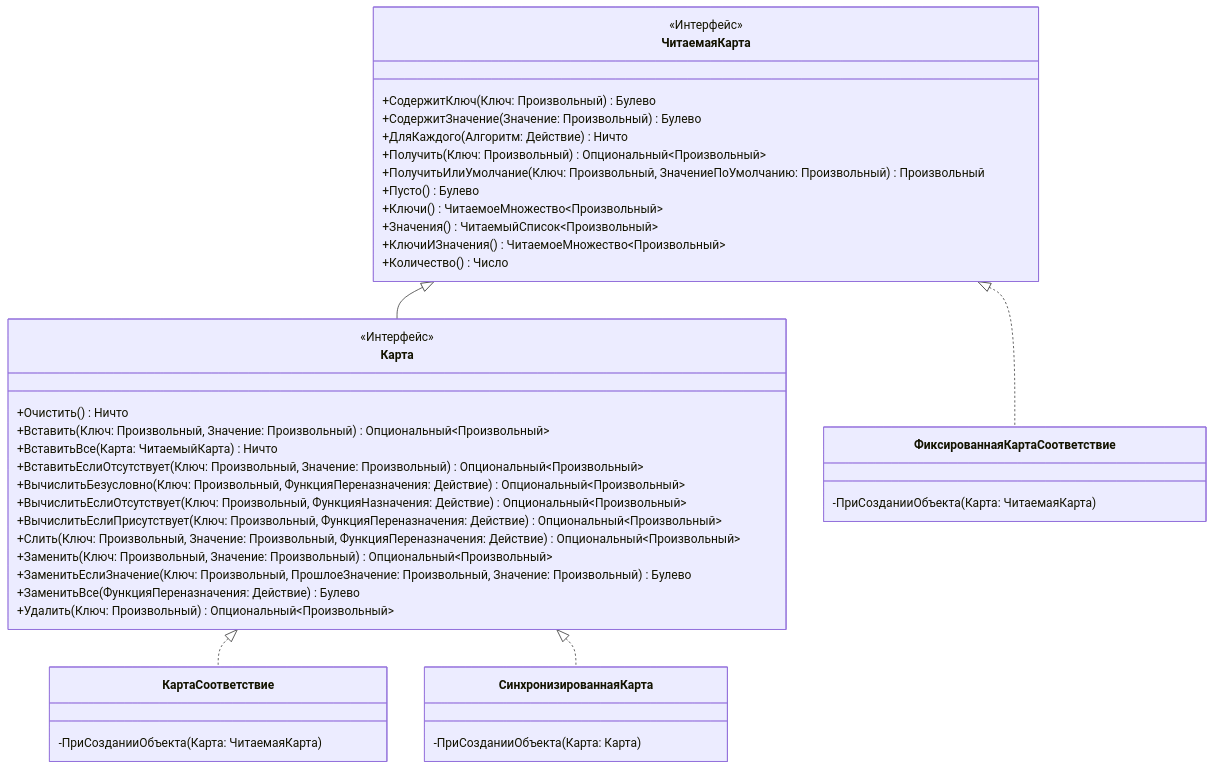
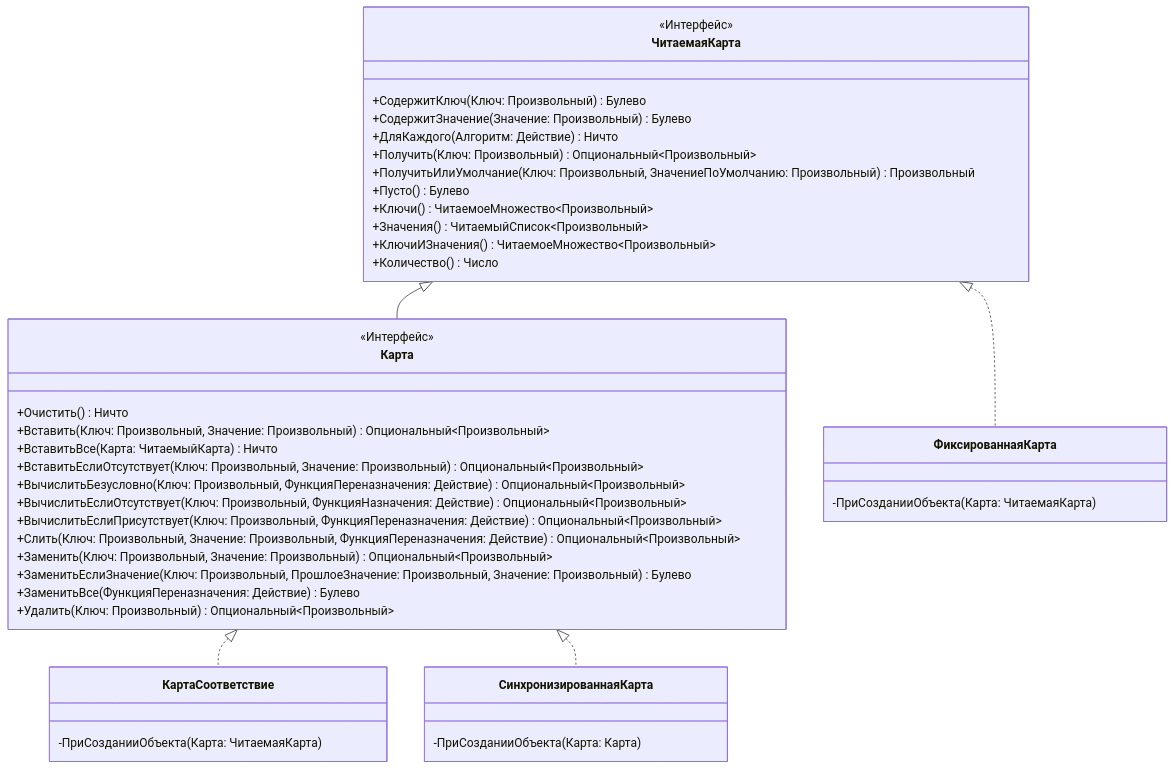
The second of 3 diagrams in README.md (sfaqer/collectionos), drawn with Mermaid before and after one commit. The commit also changed other lines of this file and 29 other files, not shown here.

````diff
--- a/README.md
+++ b/README.md
@@ -150,53 +156,53 @@
 ```mermaid
 classDiagram
 
 class ЧитаемаяКарта {
     <<Интерфейс>>
     +СодержитКлюч(Ключ: Произвольный) Булево
     +СодержитЗначение(Значение: Произвольный) Булево
     +ДляКаждого(Алгоритм: Действие) Ничто
     +Получить(Ключ: Произвольный) Опциональный~Произвольный~
     +ПолучитьИлиУмолчание(Ключ: Произвольный, ЗначениеПоУмолчанию: Произвольный) Произвольный
     +Пусто() Булево
     +Ключи() ЧитаемоеМножество~Произвольный~
     +Значения() ЧитаемыйСписок~Произвольный~
     +КлючиИЗначения() ЧитаемоеМножество~Произвольный~
     +Количество() Число
 } 
 
 class Карта {
     <<Интерфейс>>
     +Очистить() Ничто
     +Вставить(Ключ: Произвольный, Значение: Произвольный) Опциональный~Произвольный~
     +ВставитьВсе(Карта: ЧитаемыйКарта) Ничто
     +ВставитьЕслиОтсутствует(Ключ: Произвольный, Значение: Произвольный) Опциональный~Произвольный~
     +ВычислитьБезусловно(Ключ: Произвольный, ФункцияПереназначения: Действие) Опциональный~Произвольный~
     +ВычислитьЕслиОтсутствует(Ключ: Произвольный, ФункцияНазначения: Действие) Опциональный~Произвольный~
     +ВычислитьЕслиПрисутствует(Ключ: Произвольный, ФункцияПереназначения: Действие) Опциональный~Произвольный~
     +Слить(Ключ: Произвольный, Значение: Произвольный, ФункцияПереназначения: Действие) Опциональный~Произвольный~
     +Заменить(Ключ: Произвольный, Значение: Произвольный) Опциональный~Произвольный~
     +ЗаменитьЕслиЗначение(Ключ: Произвольный, ПрошлоеЗначение: Произвольный, Значение: Произвольный) Булево
     +ЗаменитьВсе(ФункцияПереназначения: Действие) Булево
     +Удалить(Ключ: Произвольный) Опциональный~Произвольный~
 }
 
-class ФиксированнаяКартаСоответствие {
+class ФиксированнаяКарта {
     -ПриСозданииОбъекта(Карта: ЧитаемаяКарта)
 }
 
 class КартаСоответствие {
     -ПриСозданииОбъекта(Карта: ЧитаемаяКарта)
 }
 
 class СинхронизированнаяКарта {
     -ПриСозданииОбъекта(Карта: Карта)
 }
 
 ЧитаемаяКарта <|-- Карта
 
-ЧитаемаяКарта <|.. ФиксированнаяКартаСоответствие
+ЧитаемаяКарта <|.. ФиксированнаяКарта
 Карта <|.. КартаСоответствие
 
 Карта <|.. СинхронизированнаяКарта
 
 ```
````
